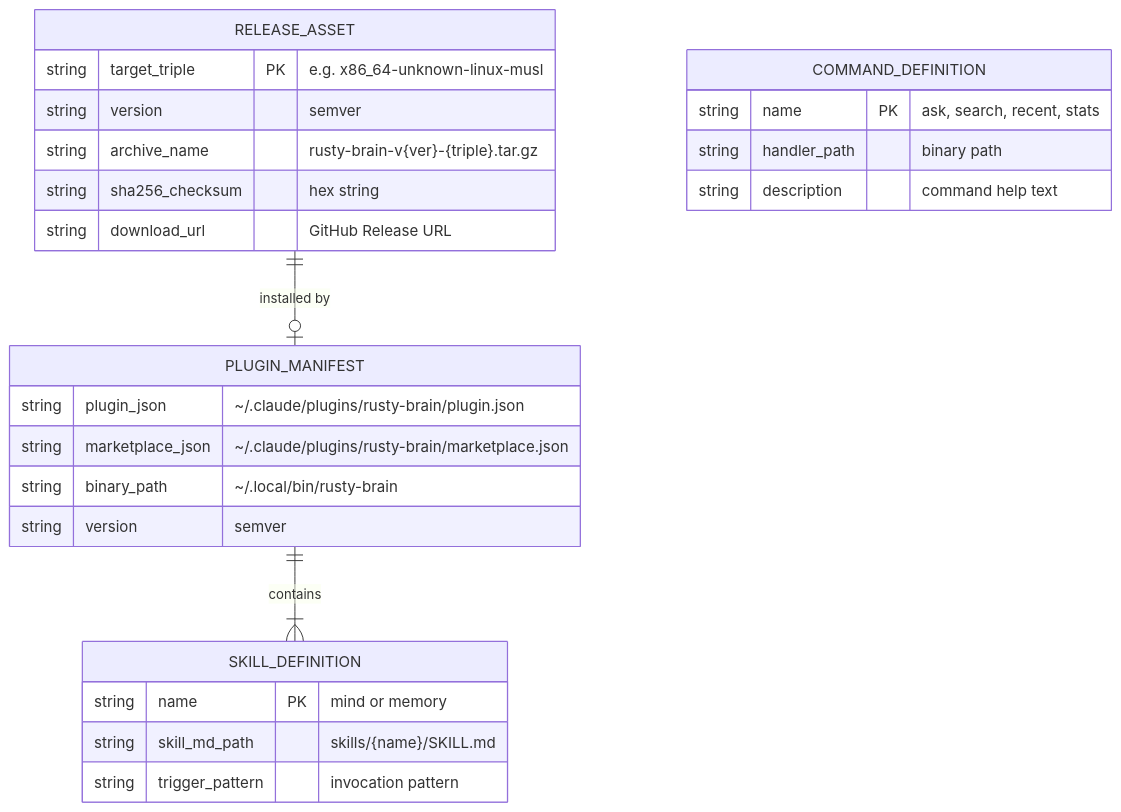
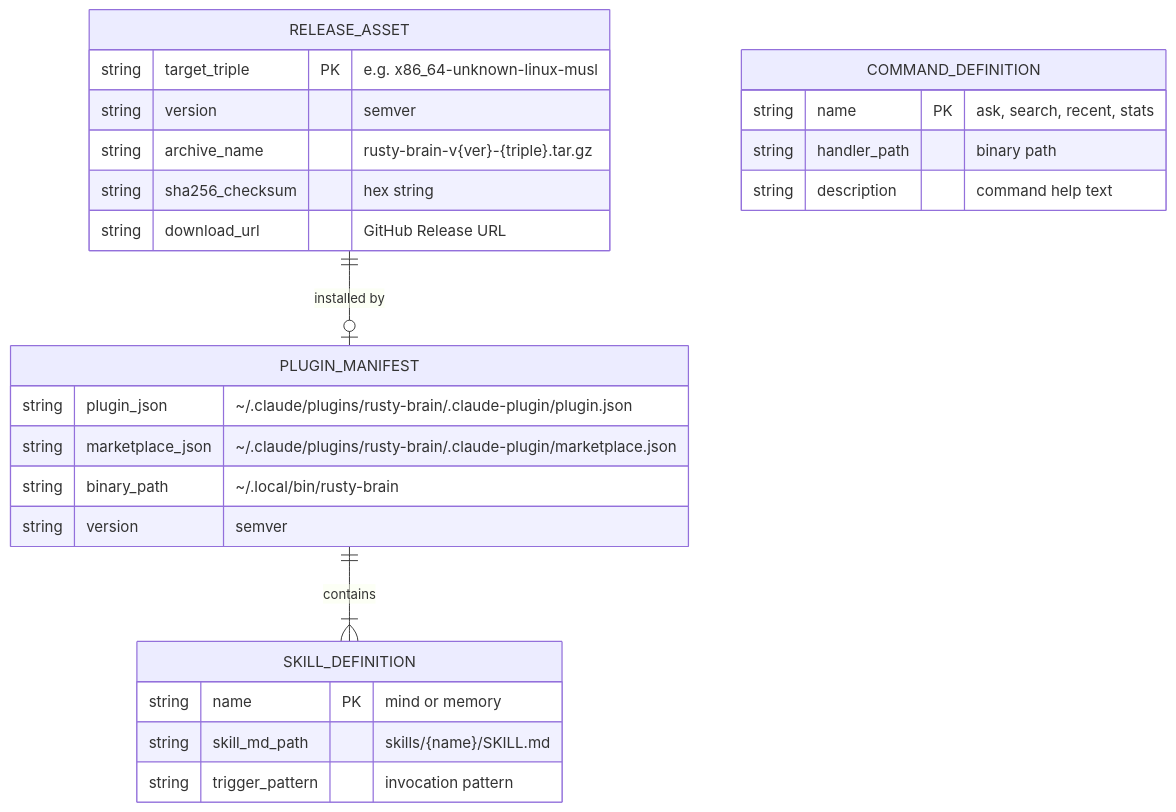
One commit to brianluby/rusty-brain changed the third of 4 diagrams in specs/009-plugin-packaging/prd.md. Above: the diagram before and after it, drawn with Mermaid. The commit also changed other lines of this file and 4 other files, not shown here.

````diff
--- a/specs/009-plugin-packaging/prd.md
+++ b/specs/009-plugin-packaging/prd.md
@@ -310,28 +310,28 @@
 ```mermaid
 erDiagram
     RELEASE_ASSET {
         string target_triple PK "e.g. x86_64-unknown-linux-musl"
         string version "semver"
         string archive_name "rusty-brain-v{ver}-{triple}.tar.gz"
         string sha256_checksum "hex string"
         string download_url "GitHub Release URL"
     }
     PLUGIN_MANIFEST {
-        string plugin_json "~/.claude/plugins/rusty-brain/plugin.json"
-        string marketplace_json "~/.claude/plugins/rusty-brain/marketplace.json"
+        string plugin_json "~/.claude/plugins/rusty-brain/.claude-plugin/plugin.json"
+        string marketplace_json "~/.claude/plugins/rusty-brain/.claude-plugin/marketplace.json"
         string binary_path "~/.local/bin/rusty-brain"
         string version "semver"
     }
     SKILL_DEFINITION {
         string name PK "mind or memory"
         string skill_md_path "skills/{name}/SKILL.md"
         string trigger_pattern "invocation pattern"
     }
     COMMAND_DEFINITION {
         string name PK "ask, search, recent, stats"
         string handler_path "binary path"
         string description "command help text"
     }
     PLUGIN_MANIFEST ||--|{ SKILL_DEFINITION : "contains"
     RELEASE_ASSET ||--o| PLUGIN_MANIFEST : "installed by"
 ```
````
